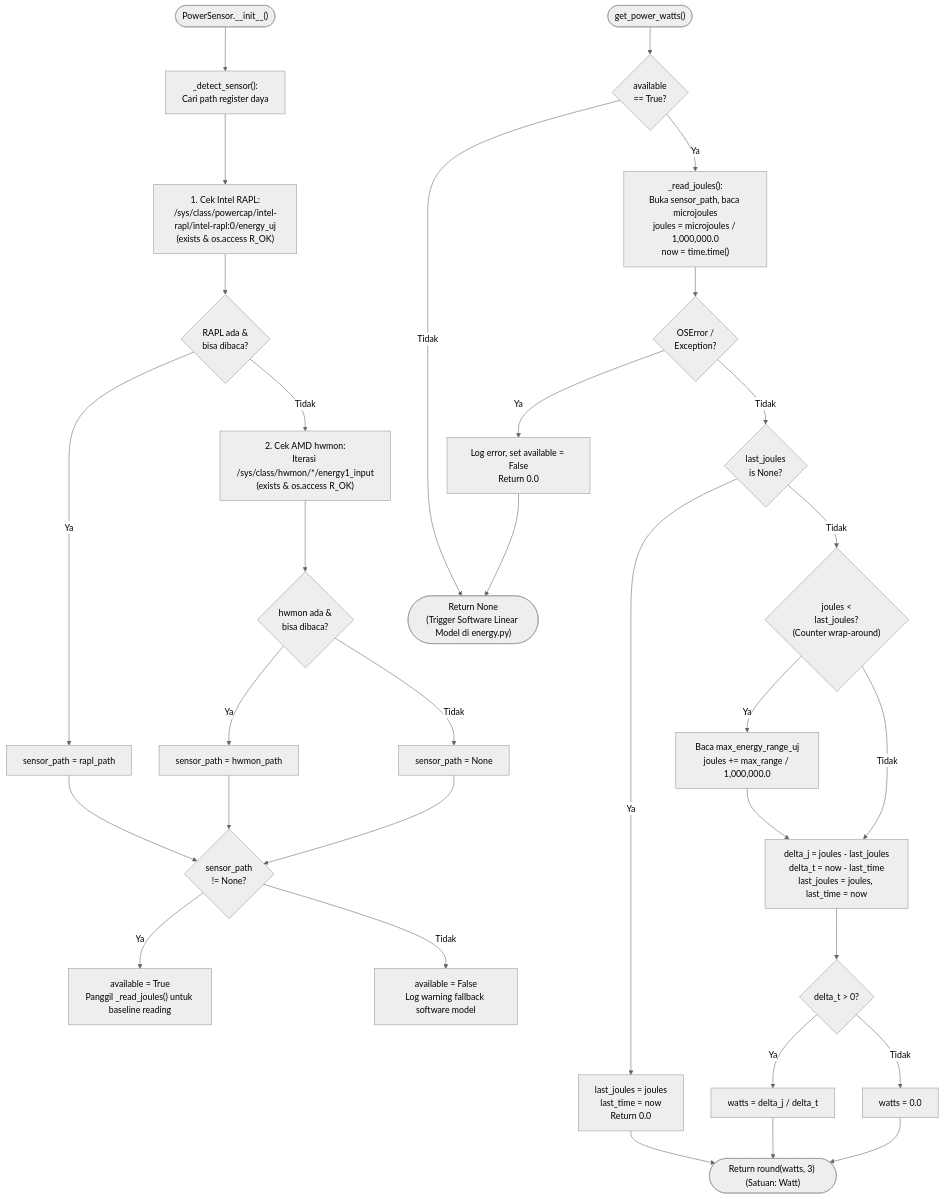
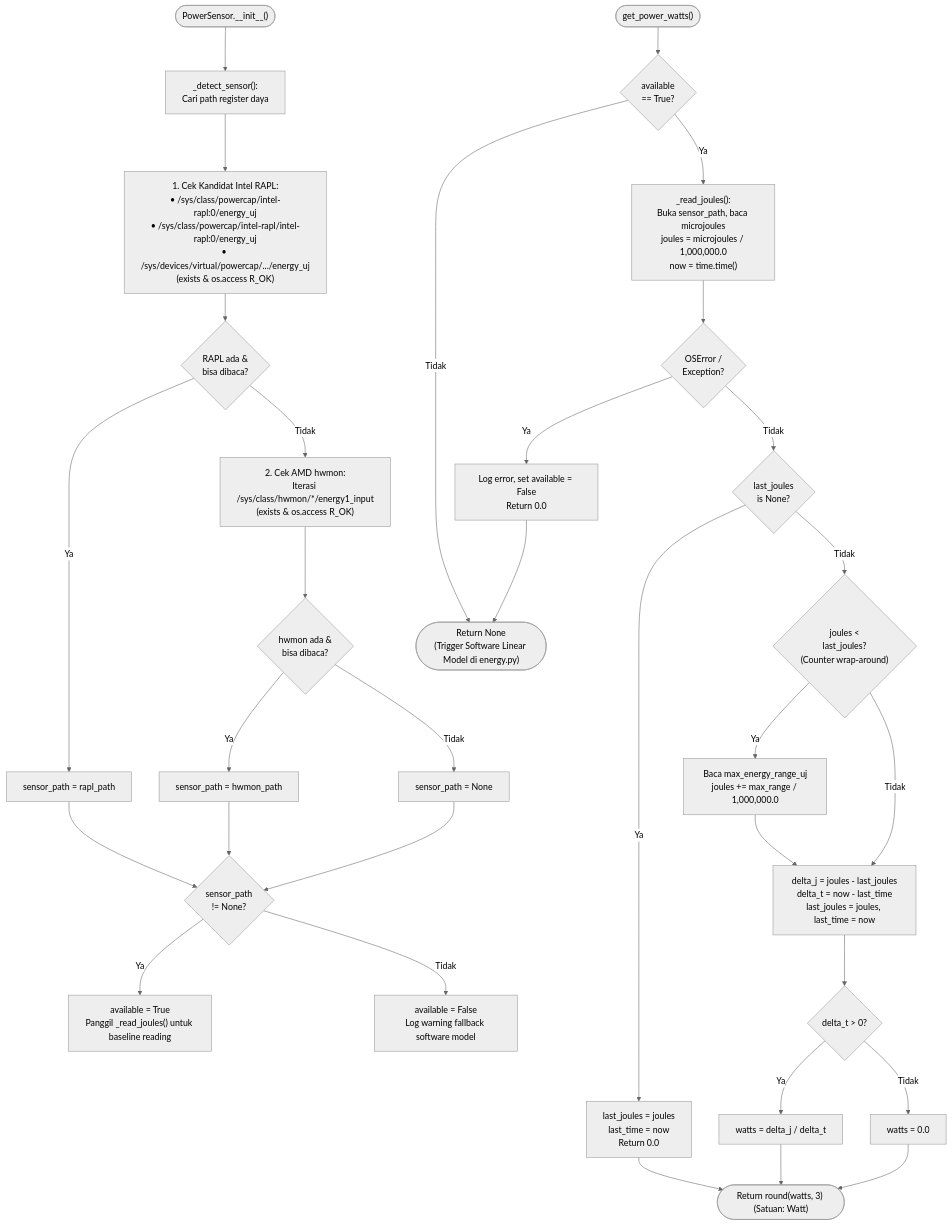
Before and after one commit to fauzanreza/green-container-framework: the first of 2 diagrams in architecture-diagrams/layer-1-profiler/03_hardware_sensor.md, drawn with Mermaid (neutral theme). The commit also changed other lines of this file and 9 other files, not shown here.

Commit message:
docs & fix: align architecture, PRD, diagrams, and 3-stage experiment harness

````diff
--- a/architecture-diagrams/layer-1-profiler/03_hardware_sensor.md
+++ b/architecture-diagrams/layer-1-profiler/03_hardware_sensor.md
@@ -9,79 +9,79 @@
 ```mermaid
 flowchart TD
     START(["PowerSensor.__init__()"])
 
     DETECT["_detect_sensor():<br/>Cari path register daya"]
 
-    CHECK_RAPL["1. Cek Intel RAPL:<br/>/sys/class/powercap/intel-rapl/intel-rapl:0/energy_uj<br/>(exists & os.access R_OK)"]
+    CHECK_RAPL["1. Cek Kandidat Intel RAPL:<br/>• /sys/class/powercap/intel-rapl:0/energy_uj<br/>• /sys/class/powercap/intel-rapl/intel-rapl:0/energy_uj<br/>• /sys/devices/virtual/powercap/.../energy_uj<br/>(exists & os.access R_OK)"]
     RAPL_FOUND{"RAPL ada &<br/>bisa dibaca?"}
     SET_RAPL["sensor_path = rapl_path"]
 
     CHECK_HWMON["2. Cek AMD hwmon:<br/>Iterasi /sys/class/hwmon/*/energy1_input<br/>(exists & os.access R_OK)"]
     HWMON_FOUND{"hwmon ada &<br/>bisa dibaca?"}
     SET_HWMON["sensor_path = hwmon_path"]
     NO_SENSOR["sensor_path = None"]
 
     INIT_CHECK{"sensor_path<br/>!= None?"}
     SET_AVAIL_TRUE["available = True<br/>Panggil _read_joules() untuk baseline reading"]
     SET_AVAIL_FALSE["available = False<br/>Log warning fallback software model"]
 
     READ_START(["get_power_watts()"])
     CHECK_ACTIVE{"available<br/>== True?"}
     RETURN_NONE(["Return None<br/>(Trigger Software Linear Model di energy.py)"])
 
     READ_JOULES["_read_joules():<br/>Buka sensor_path, baca microjoules<br/>joules = microjoules / 1,000,000.0<br/>now = time.time()"]
     FIRST_READ{"last_joules<br/>is None?"}
     SET_BASELINE["last_joules = joules<br/>last_time = now<br/>Return 0.0"]
 
     WRAP_CHECK{"joules &lt;<br/>last_joules?<br/>(Counter wrap-around)"}
     UNWRAP["Baca max_energy_range_uj<br/>joules += max_range / 1,000,000.0"]
 
     CALC_DELTA["delta_j = joules - last_joules<br/>delta_t = now - last_time<br/>last_joules = joules, last_time = now"]
     DELTA_TIME{"delta_t &gt; 0?"}
     CALC_WATTS["watts = delta_j / delta_t"]
     ZERO_WATTS["watts = 0.0"]
 
     READ_ERROR{"OSError /<br/>Exception?"}
     HANDLE_ERR["Log error, set available = False<br/>Return 0.0"]
 
     RETURN_WATTS(["Return round(watts, 3) (Satuan: Watt)"])
 
     START --> DETECT
     DETECT --> CHECK_RAPL
     CHECK_RAPL --> RAPL_FOUND
     RAPL_FOUND -->|Ya| SET_RAPL
     RAPL_FOUND -->|Tidak| CHECK_HWMON
     CHECK_HWMON --> HWMON_FOUND
     HWMON_FOUND -->|Ya| SET_HWMON
     HWMON_FOUND -->|Tidak| NO_SENSOR
 
     SET_RAPL --> INIT_CHECK
     SET_HWMON --> INIT_CHECK
     NO_SENSOR --> INIT_CHECK
 
     INIT_CHECK -->|Ya| SET_AVAIL_TRUE
     INIT_CHECK -->|Tidak| SET_AVAIL_FALSE
 
     READ_START --> CHECK_ACTIVE
     CHECK_ACTIVE -->|Tidak| RETURN_NONE
     CHECK_ACTIVE -->|Ya| READ_JOULES
 
     READ_JOULES --> READ_ERROR
     READ_ERROR -->|Ya| HANDLE_ERR
     HANDLE_ERR --> RETURN_NONE
     READ_ERROR -->|Tidak| FIRST_READ
 
     FIRST_READ -->|Ya| SET_BASELINE
     SET_BASELINE --> RETURN_WATTS
     FIRST_READ -->|Tidak| WRAP_CHECK
 
     WRAP_CHECK -->|Ya| UNWRAP
     WRAP_CHECK -->|Tidak| CALC_DELTA
     UNWRAP --> CALC_DELTA
 
     CALC_DELTA --> DELTA_TIME
     DELTA_TIME -->|Ya| CALC_WATTS
     DELTA_TIME -->|Tidak| ZERO_WATTS
     CALC_WATTS --> RETURN_WATTS
     ZERO_WATTS --> RETURN_WATTS
 ```
````
